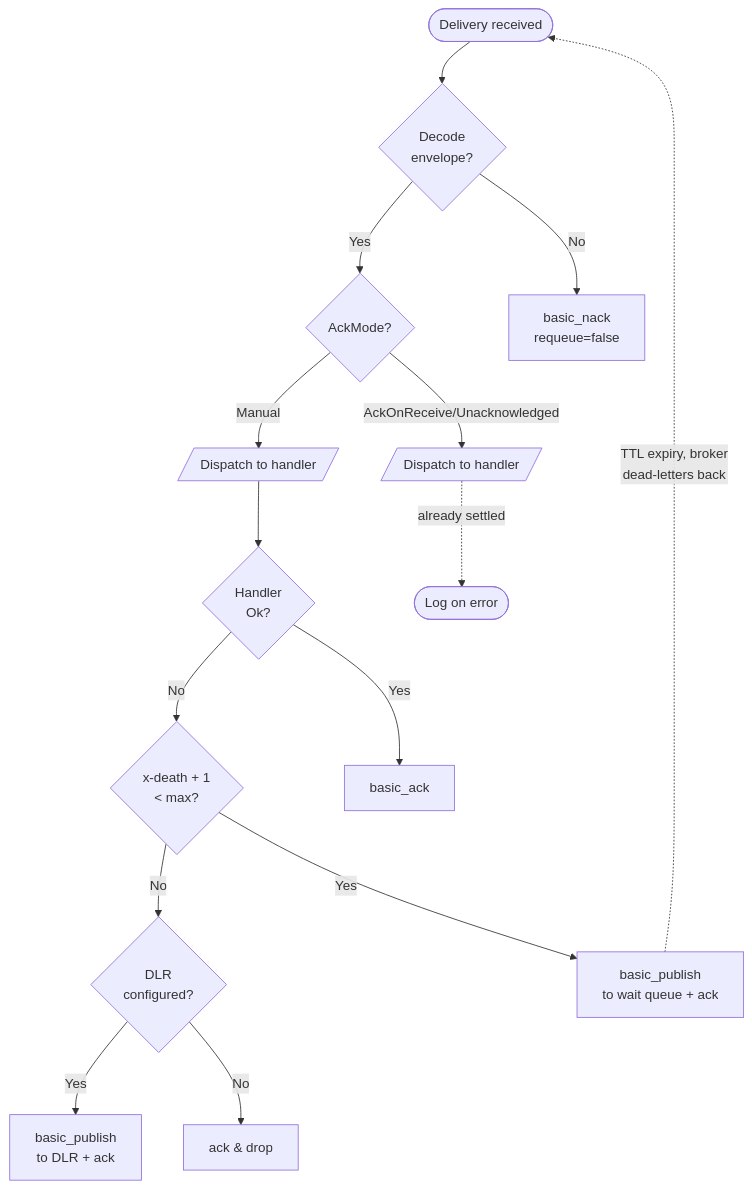
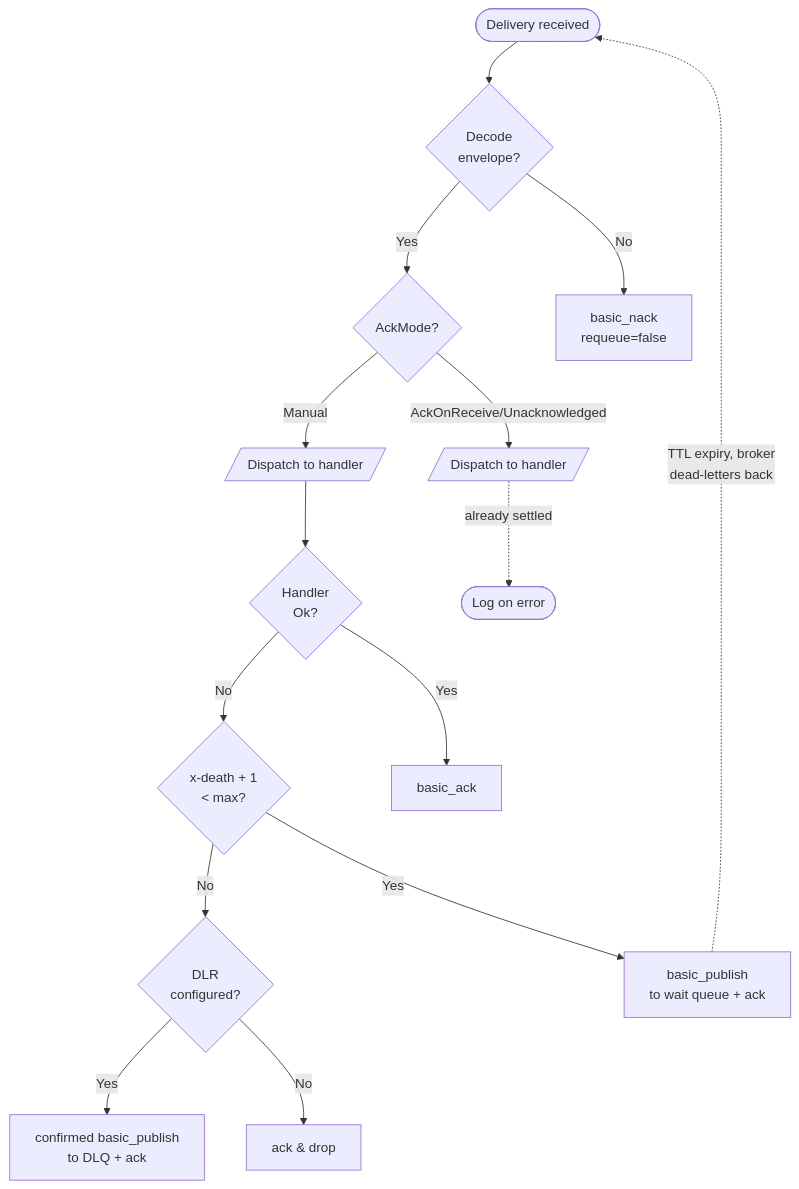
Before and after one commit to nubster-opensources/hexeract: the second of 2 diagrams in docs/architecture/bus-flow.md, drawn with Mermaid. The commit also changed other lines of this file and 2 other files, not shown here.

First line of the commit message:
docs: sync dead-letter pages with the hardened publish path

````diff
--- a/docs/architecture/bus-flow.md
+++ b/docs/architecture/bus-flow.md
@@ -48,30 +49,30 @@
 ```mermaid
 flowchart TD
     delivery([Delivery received])
     decode{Decode<br/>envelope?}
     ack_mode{AckMode?}
     dispatch[/Dispatch to handler/]
     handler_ok{Handler<br/>Ok?}
     attempts{x-death + 1<br/>< max?}
     dlr{DLR<br/>configured?}
     ack[basic_ack]
     publish_wait[basic_publish<br/>to wait queue + ack]
-    publish_dlr[basic_publish<br/>to DLR + ack]
+    publish_dlr[confirmed basic_publish<br/>to DLQ + ack]
     drop[ack & drop]
 
     delivery --> decode
     decode -- No --> nack_drop[basic_nack<br/>requeue=false]
     decode -- Yes --> ack_mode
     ack_mode -- AckOnReceive/Unacknowledged --> dispatch_auto[/Dispatch to handler/]
     ack_mode -- Manual --> dispatch
     dispatch_auto -. already settled .-> ignore_outcome([Log on error])
 
     dispatch --> handler_ok
     handler_ok -- Yes --> ack
     handler_ok -- No --> attempts
     attempts -- Yes --> publish_wait
     publish_wait -. TTL expiry, broker<br/>dead-letters back .-> delivery
     attempts -- No --> dlr
     dlr -- Yes --> publish_dlr
     dlr -- No --> drop
 ```
````
